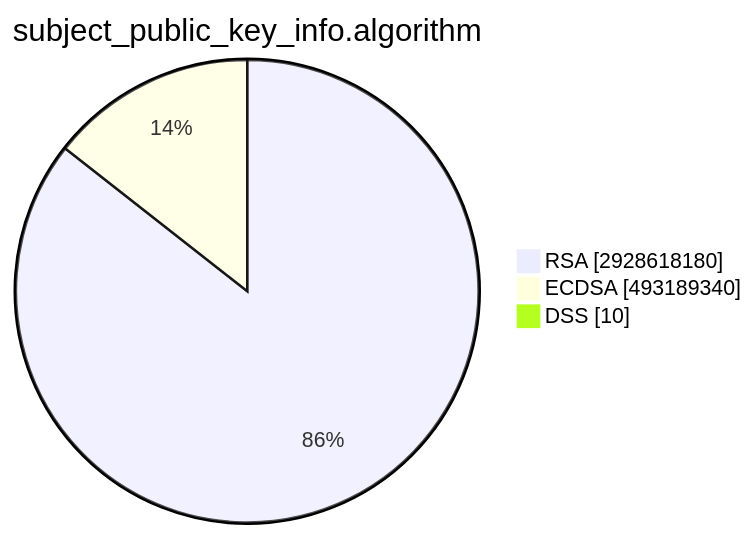
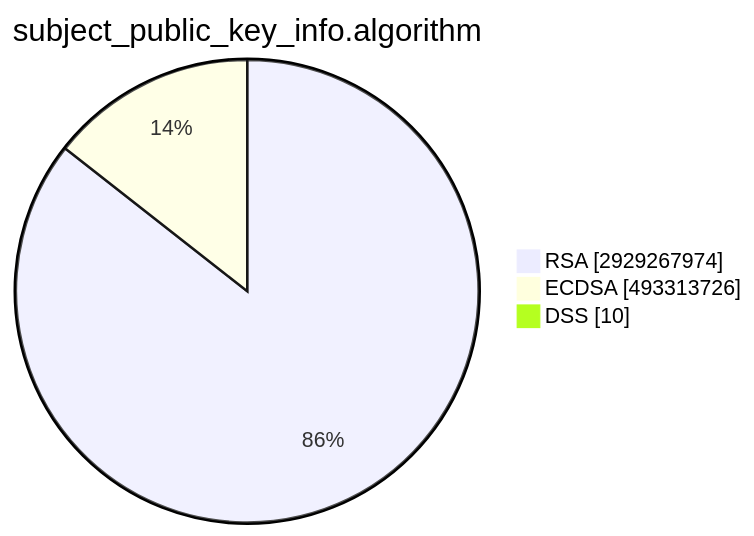
The second of 15 diagrams in TOTAL/README.md (christiankrug/ctmonitor_visualization), drawn with Mermaid before and after one commit. The commit also changed other lines of this file, not shown here.

````diff
--- a/TOTAL/README.md
+++ b/TOTAL/README.md
@@ -6,7 +6,7 @@
 ```mermaid
 pie showData
 title subject_public_key_info.algorithm
-"RSA" :2928618180
-"ECDSA" :493189340
+"RSA" :2929267974
+"ECDSA" :493313726
 "DSS" :10
 ```
````
